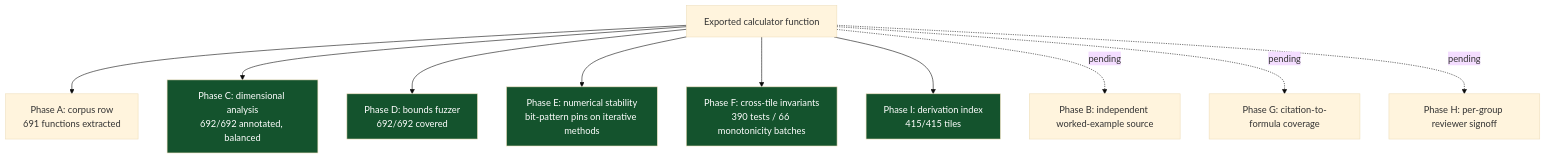
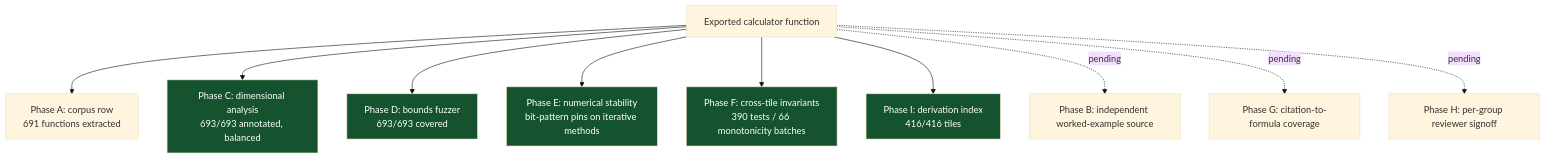
One commit to clay-good/roughlogic.com changed the fourth of 5 diagrams in README.md. Above: the diagram before and after it, drawn with Mermaid (base theme). The commit also changed other lines of this file and 15 other files, not shown here.

````diff
--- a/README.md
+++ b/README.md
@@ -206,17 +206,17 @@
 ```mermaid
 flowchart TB
     F[Exported calculator function] --> A[Phase A: corpus row\n691 functions extracted]
-    F --> C[Phase C: dimensional analysis\n692/692 annotated, balanced]
-    F --> D[Phase D: bounds fuzzer\n692/692 covered]
+    F --> C[Phase C: dimensional analysis\n693/693 annotated, balanced]
+    F --> D[Phase D: bounds fuzzer\n693/693 covered]
     F --> E[Phase E: numerical stability\nbit-pattern pins on iterative methods]
     F --> Fa[Phase F: cross-tile invariants\n390 tests / 66 monotonicity batches]
-    F --> I[Phase I: derivation index\n415/415 tiles]
+    F --> I[Phase I: derivation index\n416/416 tiles]
     F -.pending.-> B[Phase B: independent worked-example source]
     F -.pending.-> G[Phase G: citation-to-formula coverage]
     F -.pending.-> H[Phase H: per-group reviewer signoff]
     style C fill:#14532d,color:#fff
     style D fill:#14532d,color:#fff
     style E fill:#14532d,color:#fff
     style Fa fill:#14532d,color:#fff
     style I fill:#14532d,color:#fff
 ```
````
